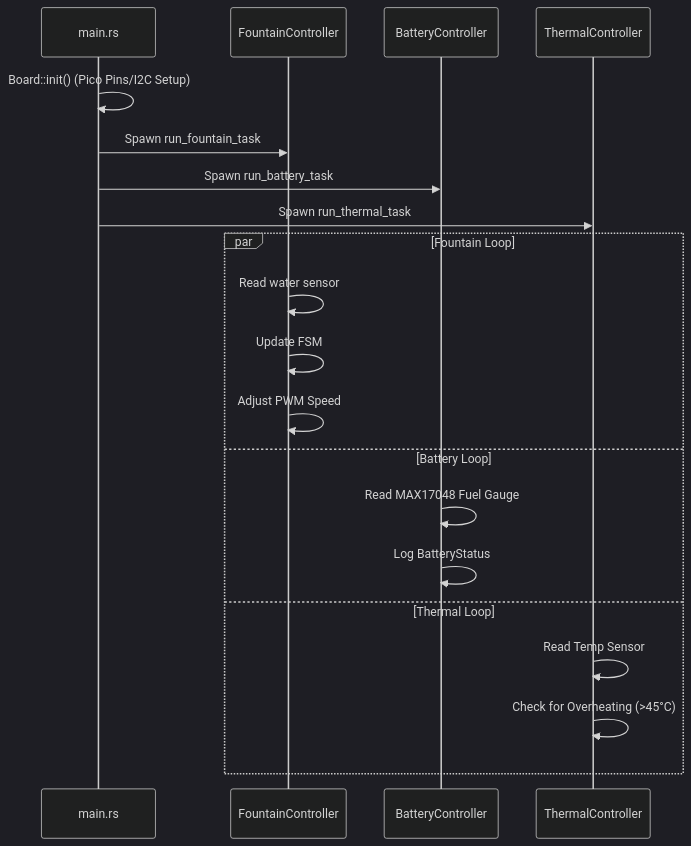
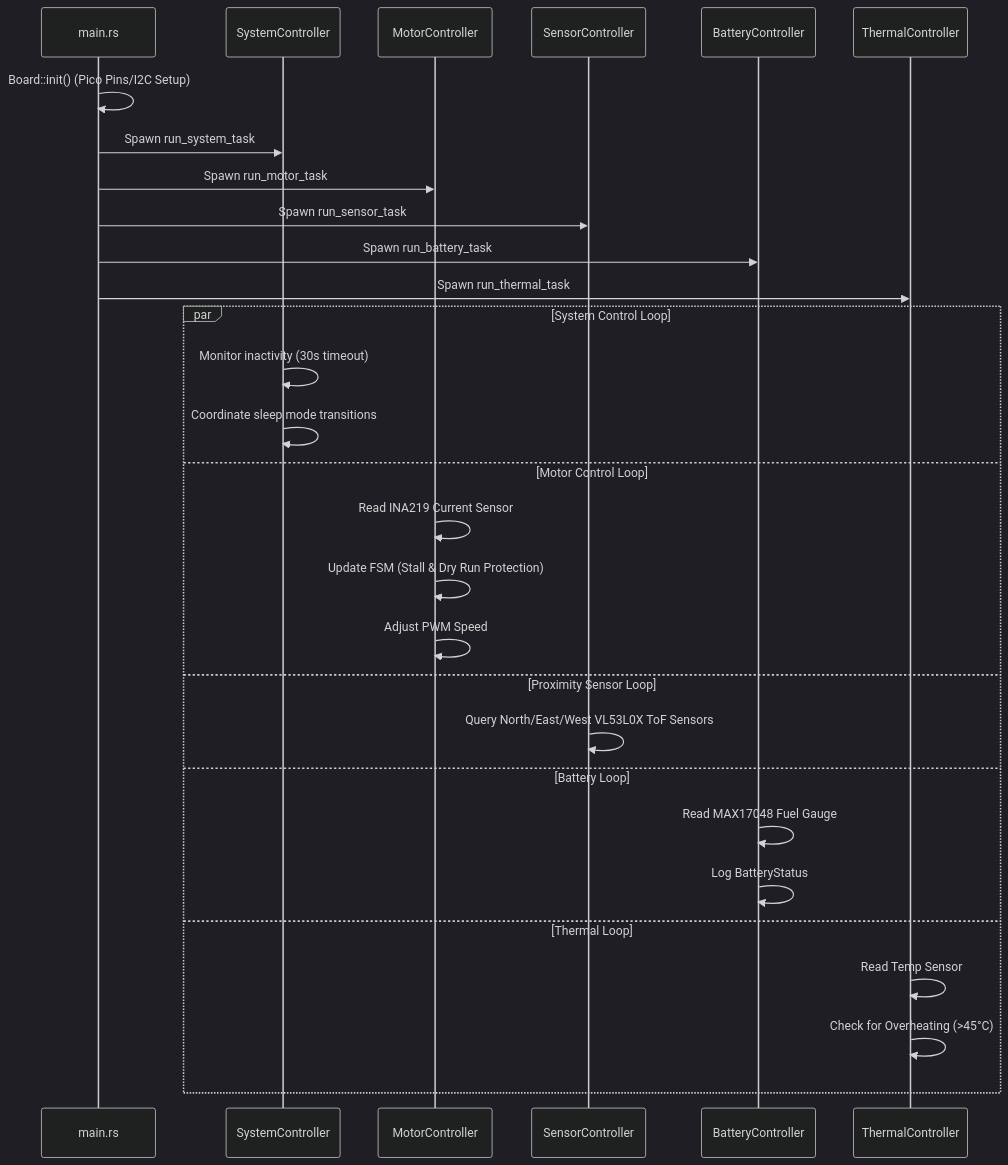
The second of 2 diagrams in projects/cat_detector.md (picklethecat1488-hue/firmware), drawn with Mermaid (dark theme) before and after one commit. The commit also changed other lines of this file and 41 other files, not shown here.

````diff
--- a/projects/cat_detector.md
+++ b/projects/cat_detector.md
@@ -117,24 +141,33 @@
 ```mermaid
 sequenceDiagram
     participant Main as main.rs
-    participant FC as FountainController
+    participant SC as SystemController
+    participant MC as MotorController
+    participant SE as SensorController
     participant BC as BatteryController
     participant TC as ThermalController
 
     Main->>Main: Board::init() (Pico Pins/I2C Setup)
-    Main->>FC: Spawn run_fountain_task
+    Main->>SC: Spawn run_system_task
+    Main->>MC: Spawn run_motor_task
+    Main->>SE: Spawn run_sensor_task
     Main->>BC: Spawn run_battery_task
     Main->>TC: Spawn run_thermal_task
 
-    par Fountain Loop
-        FC->>FC: Read water sensor
-        FC->>FC: Update FSM
-        FC->>FC: Adjust PWM Speed
+    par System Control Loop
+        SC->>SC: Monitor inactivity (30s timeout)
+        SC->>SC: Coordinate sleep mode transitions
+    and Motor Control Loop
+        MC->>MC: Read INA219 Current Sensor
+        MC->>MC: Update FSM (Stall & Dry Run Protection)
+        MC->>MC: Adjust PWM Speed
+    and Proximity Sensor Loop
+        SE->>SE: Query North/East/West VL53L0X ToF Sensors
     and Battery Loop
         BC->>BC: Read MAX17048 Fuel Gauge
         BC->>BC: Log BatteryStatus
     and Thermal Loop
         TC->>TC: Read Temp Sensor
         TC->>TC: Check for Overheating (>45°C)
     end
 ```
````
